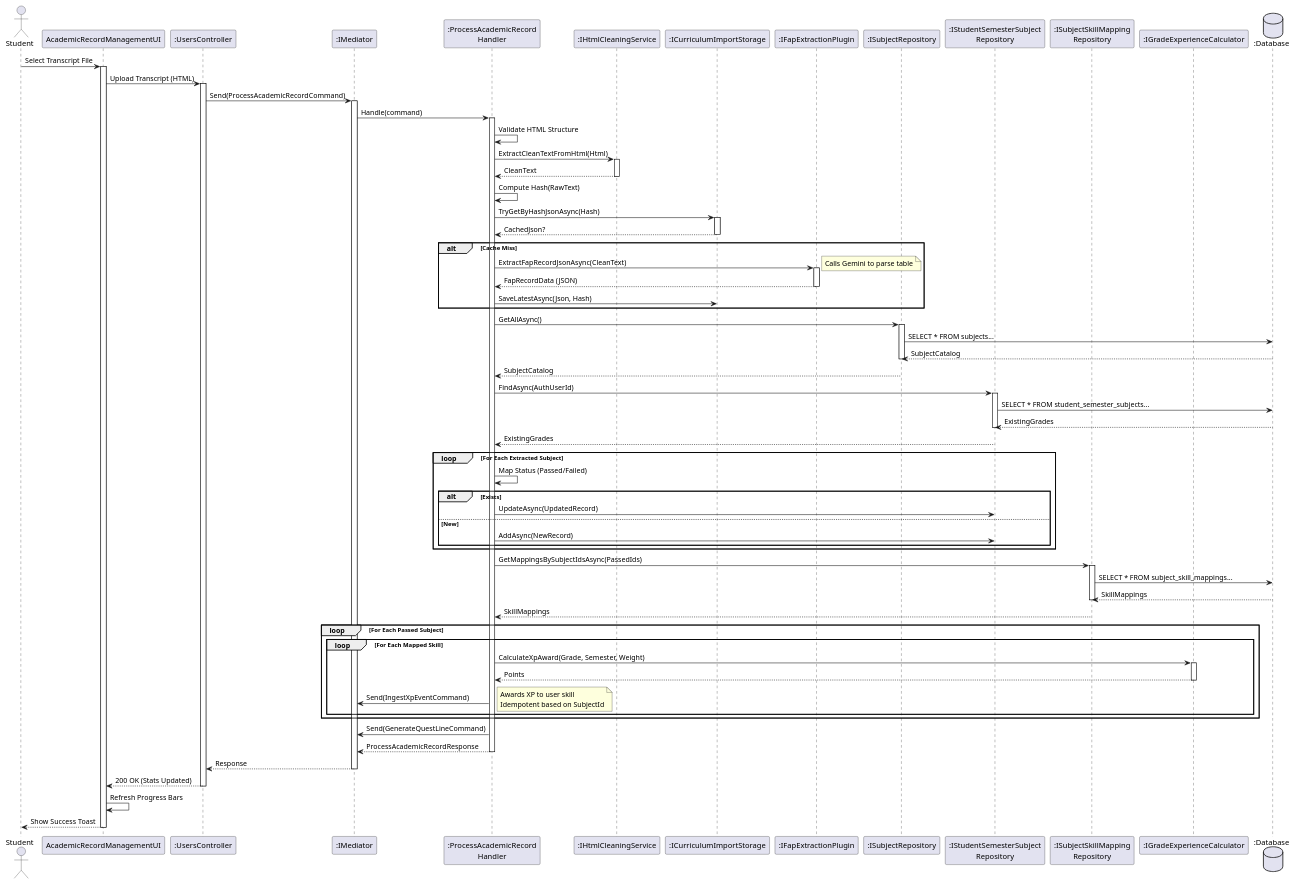
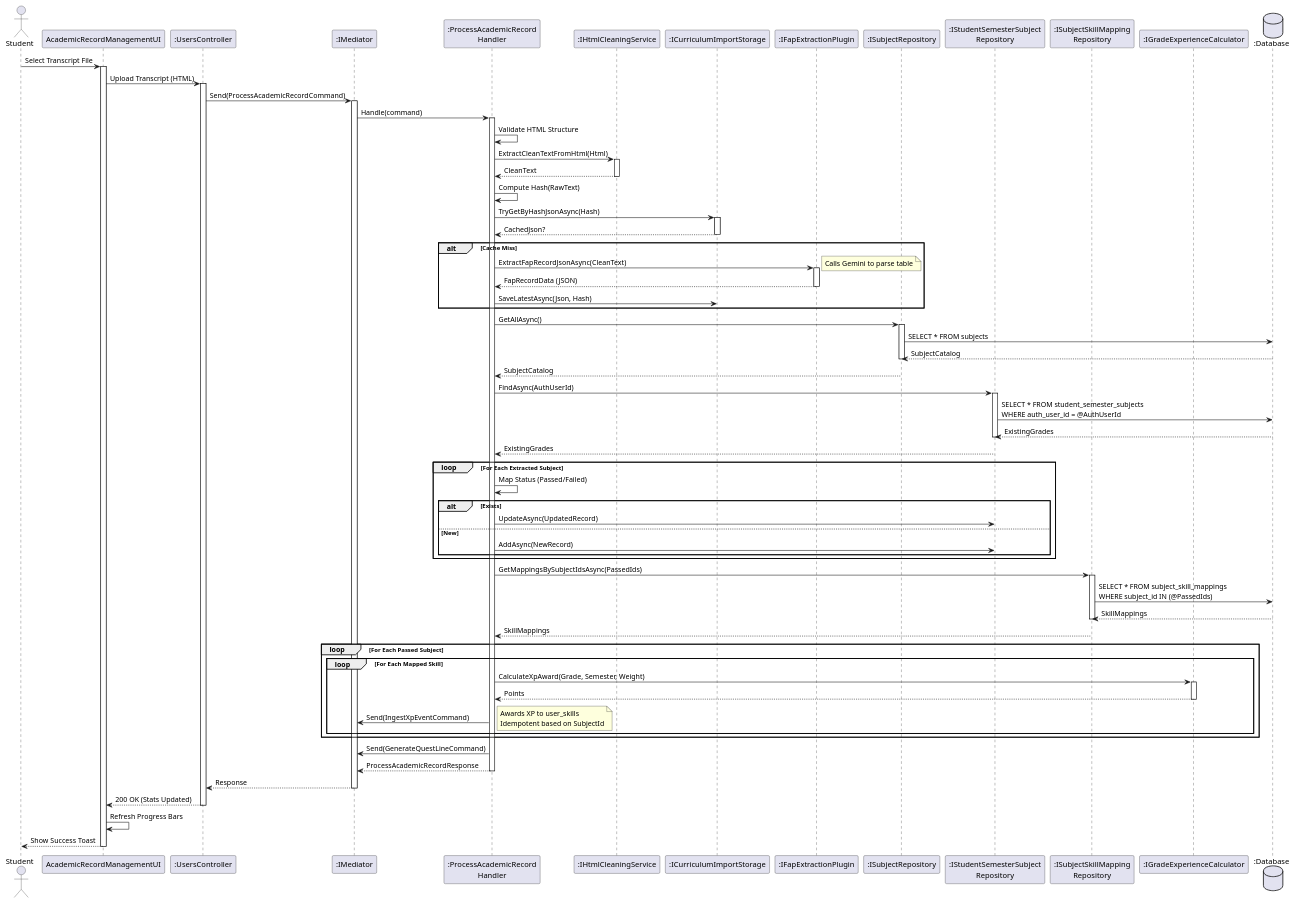
One commit to FA25SE050-RogueLearn/RogueLearn.BMAD.Documentation changed the diagram in docs/srs/diagrams/sequence-diagram/user-progress-statistic/process-academic-record.puml. Above: the diagram before and after it, drawn with PlantUML. The commit also changed 4 other files, not shown here.

```diff
--- a/docs/srs/diagrams/sequence-diagram/user-progress-statistic/process-academic-record.puml
+++ b/docs/srs/diagrams/sequence-diagram/user-progress-statistic/process-academic-record.puml
@@ -1,116 +1,119 @@
 @startuml
 actor Student
 participant AcademicRecordManagementUI as UI
 participant ":UsersController" as Controller
 participant ":IMediator" as Med
 participant ":ProcessAcademicRecord\nHandler" as Handler
 participant ":IHtmlCleaningService" as Cleaner
 participant ":ICurriculumImportStorage" as Cache
 participant ":IFapExtractionPlugin" as AIPlugin
 participant ":ISubjectRepository" as SubRepo
 participant ":IStudentSemesterSubject\nRepository" as GradeRepo
 participant ":ISubjectSkillMapping\nRepository" as MappingRepo
 participant ":IGradeExperienceCalculator" as Calc
 database ":Database" as DB
 
 Student -> UI : Select Transcript File
 activate UI
 
 UI -> Controller : Upload Transcript (HTML)
 activate Controller
 
 Controller -> Med : Send(ProcessAcademicRecordCommand)
 activate Med
 
 Med -> Handler : Handle(command)
 activate Handler
 
 ' 1. Clean & Parse
 Handler -> Handler : Validate HTML Structure
 Handler -> Cleaner : ExtractCleanTextFromHtml(Html)
 activate Cleaner
 Cleaner --> Handler : CleanText
 deactivate Cleaner
 
 Handler -> Handler : Compute Hash(RawText)
 Handler -> Cache : TryGetByHashJsonAsync(Hash)
 activate Cache
 Cache --> Handler : CachedJson?
 deactivate Cache
 
 alt Cache Miss
     Handler -> AIPlugin : ExtractFapRecordJsonAsync(CleanText)
     activate AIPlugin
     note right: Calls Gemini to parse table
     AIPlugin --> Handler : FapRecordData (JSON)
     deactivate AIPlugin
     Handler -> Cache : SaveLatestAsync(Json, Hash)
 end
 
 ' 2. Process Subjects
 Handler -> SubRepo : GetAllAsync()
 activate SubRepo
-SubRepo -> DB : SELECT * FROM subjects...
+' Analyzed: Fetches from subjects table
+SubRepo -> DB : SELECT * FROM subjects
 DB --> SubRepo : SubjectCatalog
 deactivate SubRepo
 SubRepo --> Handler : SubjectCatalog
 deactivate SubRepo
 
 Handler -> GradeRepo : FindAsync(AuthUserId)
 activate GradeRepo
-GradeRepo -> DB : SELECT * FROM student_semester_subjects...
+' Analyzed: Matches student_semester_subjects table PK/FK
+GradeRepo -> DB : SELECT * FROM student_semester_subjects \nWHERE auth_user_id = @AuthUserId
 DB --> GradeRepo : ExistingGrades
 deactivate GradeRepo
 GradeRepo --> Handler : ExistingGrades
 deactivate GradeRepo
 
 loop For Each Extracted Subject
     Handler -> Handler : Map Status (Passed/Failed)
     
     alt Exists
         Handler -> GradeRepo : UpdateAsync(UpdatedRecord)
     else New
         Handler -> GradeRepo : AddAsync(NewRecord)
     end
 end
 
 ' 3. Award XP
 Handler -> MappingRepo : GetMappingsBySubjectIdsAsync(PassedIds)
 activate MappingRepo
-MappingRepo -> DB : SELECT * FROM subject_skill_mappings...
+' Analyzed: Matches subject_skill_mappings table
+MappingRepo -> DB : SELECT * FROM subject_skill_mappings \nWHERE subject_id IN (@PassedIds)
 DB --> MappingRepo : SkillMappings
 deactivate MappingRepo
 MappingRepo --> Handler : SkillMappings
 deactivate MappingRepo
 
 loop For Each Passed Subject
     loop For Each Mapped Skill
         Handler -> Calc : CalculateXpAward(Grade, Semester, Weight)
         activate Calc
         Calc --> Handler : Points
         deactivate Calc
         
         Handler -> Med : Send(IngestXpEventCommand)
         note right
-            Awards XP to user skill
+            Awards XP to user_skills
             Idempotent based on SubjectId
         end note
     end
 end
 
 ' 4. Trigger Quest Generation
 Handler -> Med : Send(GenerateQuestLineCommand)
 
 Handler --> Med : ProcessAcademicRecordResponse
 deactivate Handler
 
 Med --> Controller : Response
 deactivate Med
 
 Controller --> UI : 200 OK (Stats Updated)
 deactivate Controller
 
 UI -> UI : Refresh Progress Bars
 UI --> Student : Show Success Toast
 deactivate UI
 @enduml
```
